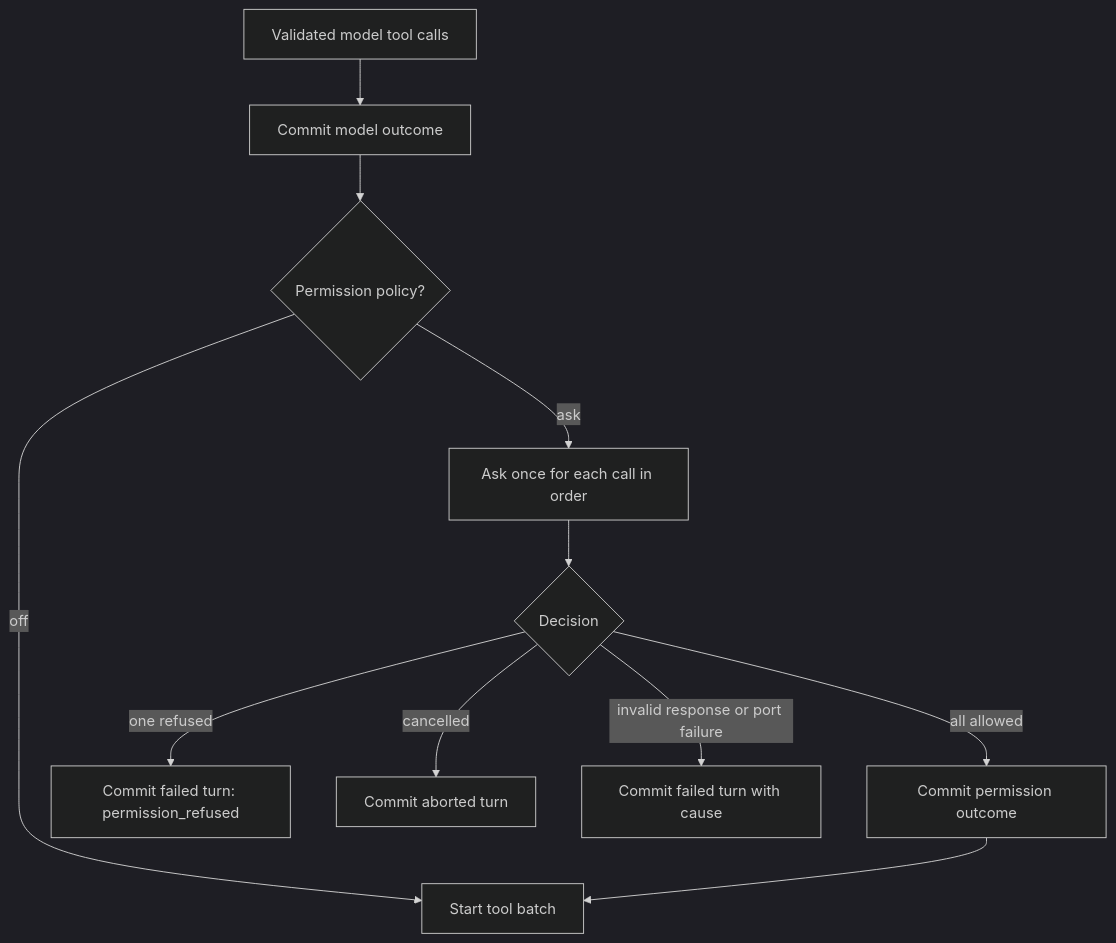
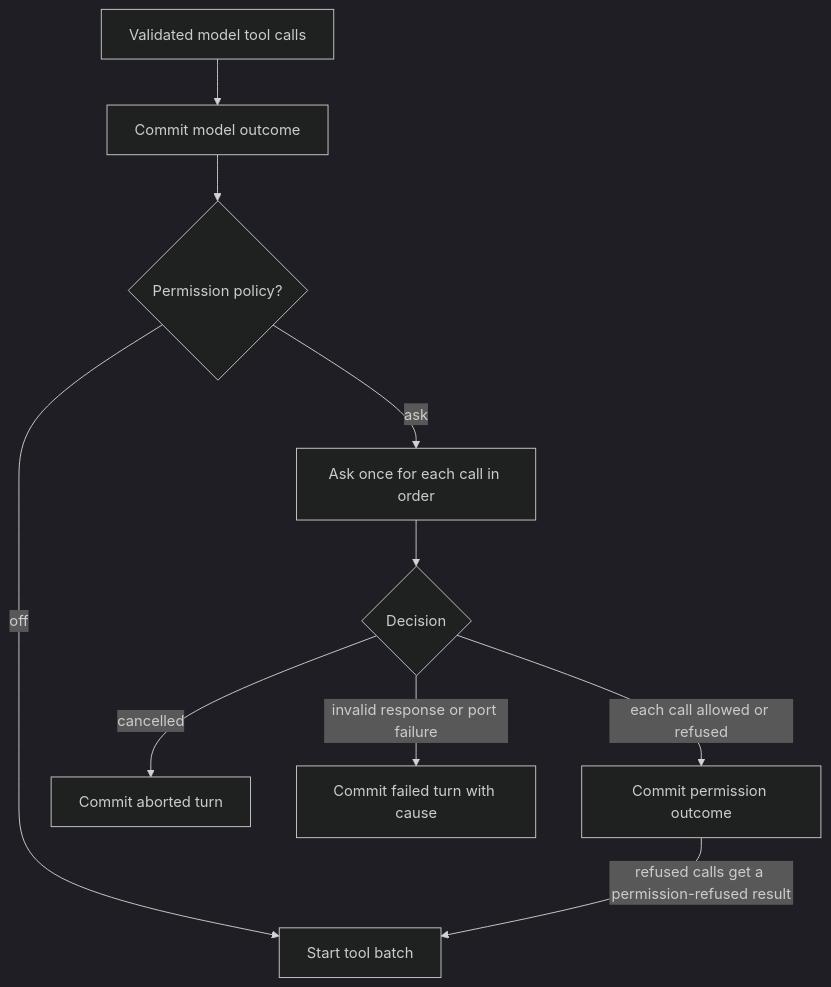
The third of 10 diagrams in docs/session-runtime.md (danbarua/labkit-agent), drawn with Mermaid (dark theme) before and after one commit. The commit also changed 10 other files, not shown here.

````diff
--- a/docs/session-runtime.md
+++ b/docs/session-runtime.md
@@ -67,13 +67,12 @@
 ```mermaid
 flowchart TD
   model[Validated model tool calls] --> intent[Commit model outcome]
   intent --> mode{Permission policy?}
   mode -->|off| run[Start tool batch]
   mode -->|ask| ask[Ask once for each call in order]
   ask --> answer{Decision}
-  answer -->|all allowed| approval[Commit permission outcome]
-  approval --> run
-  answer -->|one refused| refusal[Commit failed turn: permission_refused]
+  answer -->|each call allowed or refused| approval[Commit permission outcome]
+  approval -->|refused calls get a permission-refused result| run
   answer -->|cancelled| abort[Commit aborted turn]
   answer -->|invalid response or port failure| fail[Commit failed turn with cause]
 ```
````
